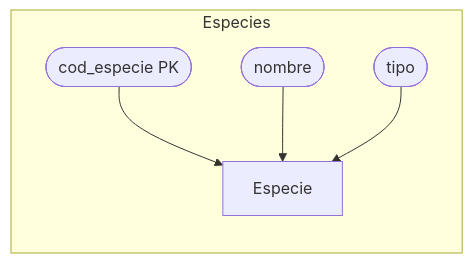
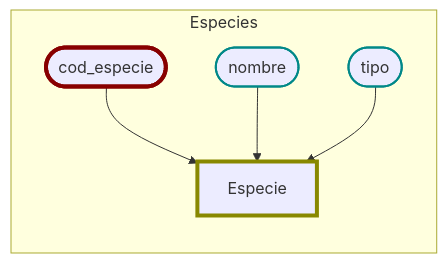
The second of 7 diagrams in DataBases/lonja_DB.md (JulTob/Data), drawn with Mermaid before and after one commit. The commit also changed other lines of this file, not shown here.

````diff
--- a/DataBases/lonja_DB.md
+++ b/DataBases/lonja_DB.md
@@ -160,11 +165,15 @@
 ```mermaid
 flowchart LR   
+  classDef atributo stroke:#088,stroke-width:2px;
+  classDef pk stroke:#800,stroke-width:4px;
+  classDef entidad stroke:#880,stroke-width:4px;
 
   %% Atributos ESPECIE
   subgraph Especies
-  cod_especie([cod_especie PK]):::atributo --> Especie
+  cod_especie([cod_especie]):::pk --> Especie
   nombre_especie([nombre]):::atributo --> Especie
   tipo_especie([tipo]):::atributo --> Especie
+  Especie:::entidad
   end
 
 ```
````
